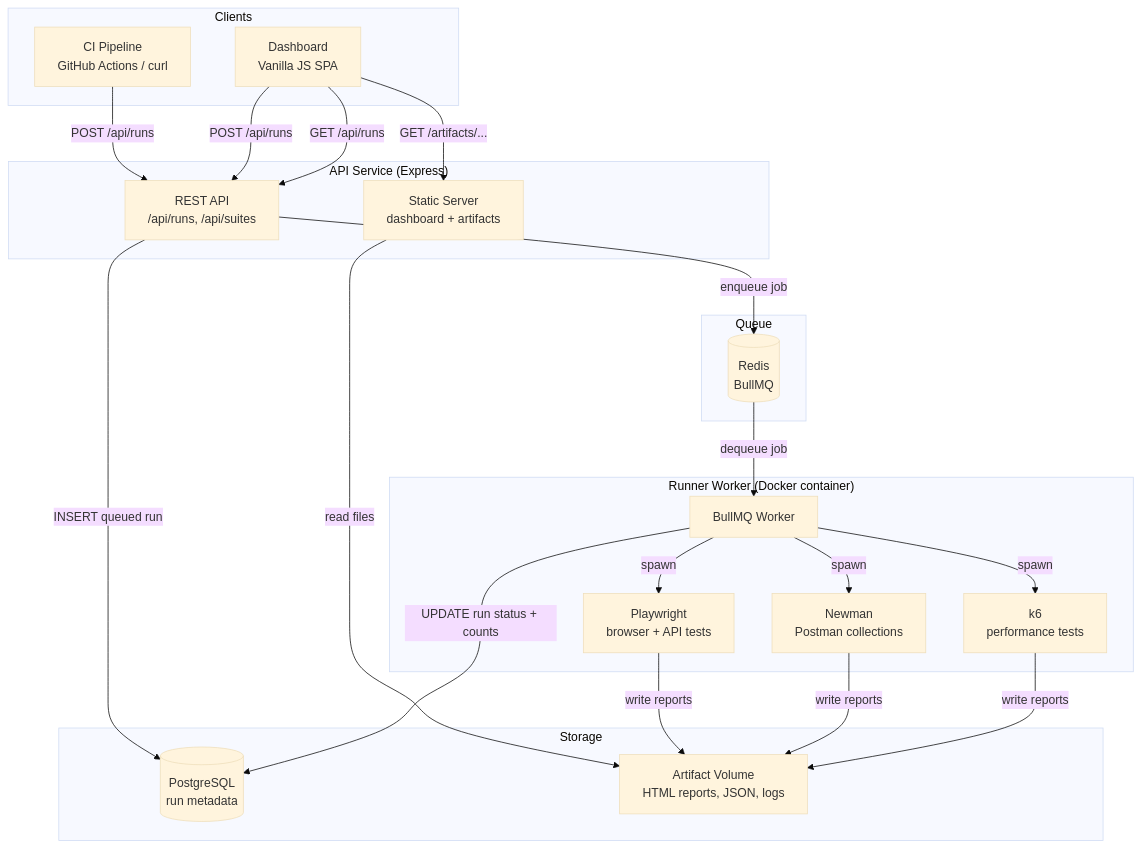
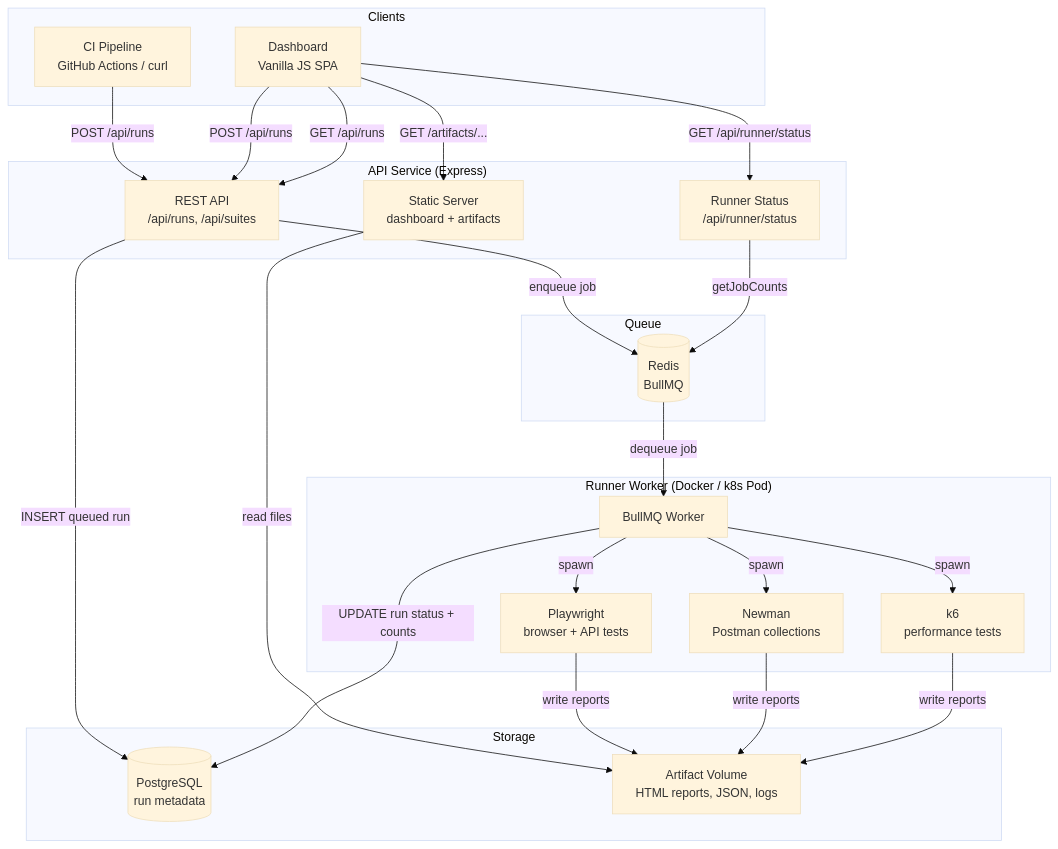
The first of 2 diagrams in README.md (jcopperman/smokestack), drawn with Mermaid (base theme) before and after one commit. The commit also changed other lines of this file and 9 other files, not shown here.

Commit message:
feat: implement KEDA autoscaling for runner and add live runner status to dashboard

````diff
--- a/README.md
+++ b/README.md
@@ -236,44 +263,47 @@
 ```mermaid
 flowchart TD
     subgraph Clients
         UI[Dashboard\nVanilla JS SPA]
         CI[CI Pipeline\nGitHub Actions / curl]
     end
 
     subgraph API Service ["API Service (Express)"]
         REST[REST API\n/api/runs, /api/suites]
+        RUNNER_STATUS[Runner Status\n/api/runner/status]
         STATIC[Static Server\ndashboard + artifacts]
     end
 
     subgraph Queue
         REDIS[(Redis\nBullMQ)]
     end
 
-    subgraph Runner ["Runner Worker (Docker container)"]
+    subgraph Runner ["Runner Worker (Docker / k8s Pod)"]
         WORKER[BullMQ Worker]
         PW[Playwright\nbrowser + API tests]
         NM[Newman\nPostman collections]
         K6[k6\nperformance tests]
     end
 
     subgraph Storage
         PG[(PostgreSQL\nrun metadata)]
         VOL[Artifact Volume\nHTML reports, JSON, logs]
     end
 
     CI -->|POST /api/runs| REST
     UI -->|POST /api/runs| REST
     UI -->|GET /api/runs| REST
+    UI -->|GET /api/runner/status| RUNNER_STATUS
     UI -->|GET /artifacts/...| STATIC
 
     REST -->|enqueue job| REDIS
     REST -->|INSERT queued run| PG
+    RUNNER_STATUS -->|getJobCounts| REDIS
     STATIC -->|read files| VOL
 
     REDIS -->|dequeue job| WORKER
     WORKER -->|spawn| PW
     WORKER -->|spawn| NM
     WORKER -->|spawn| K6
     PW & NM & K6 -->|write reports| VOL
     WORKER -->|UPDATE run status + counts| PG
 ```
````
